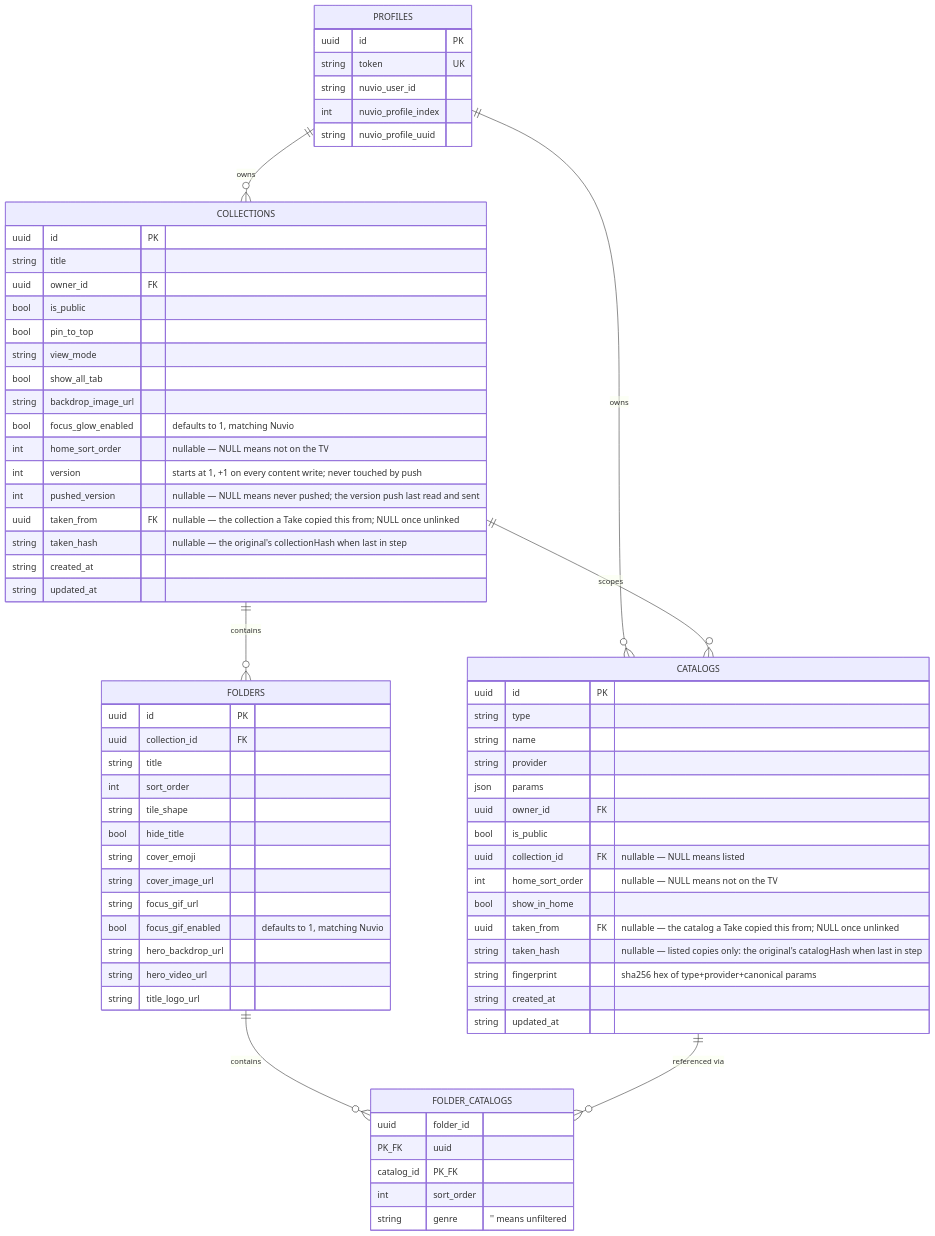
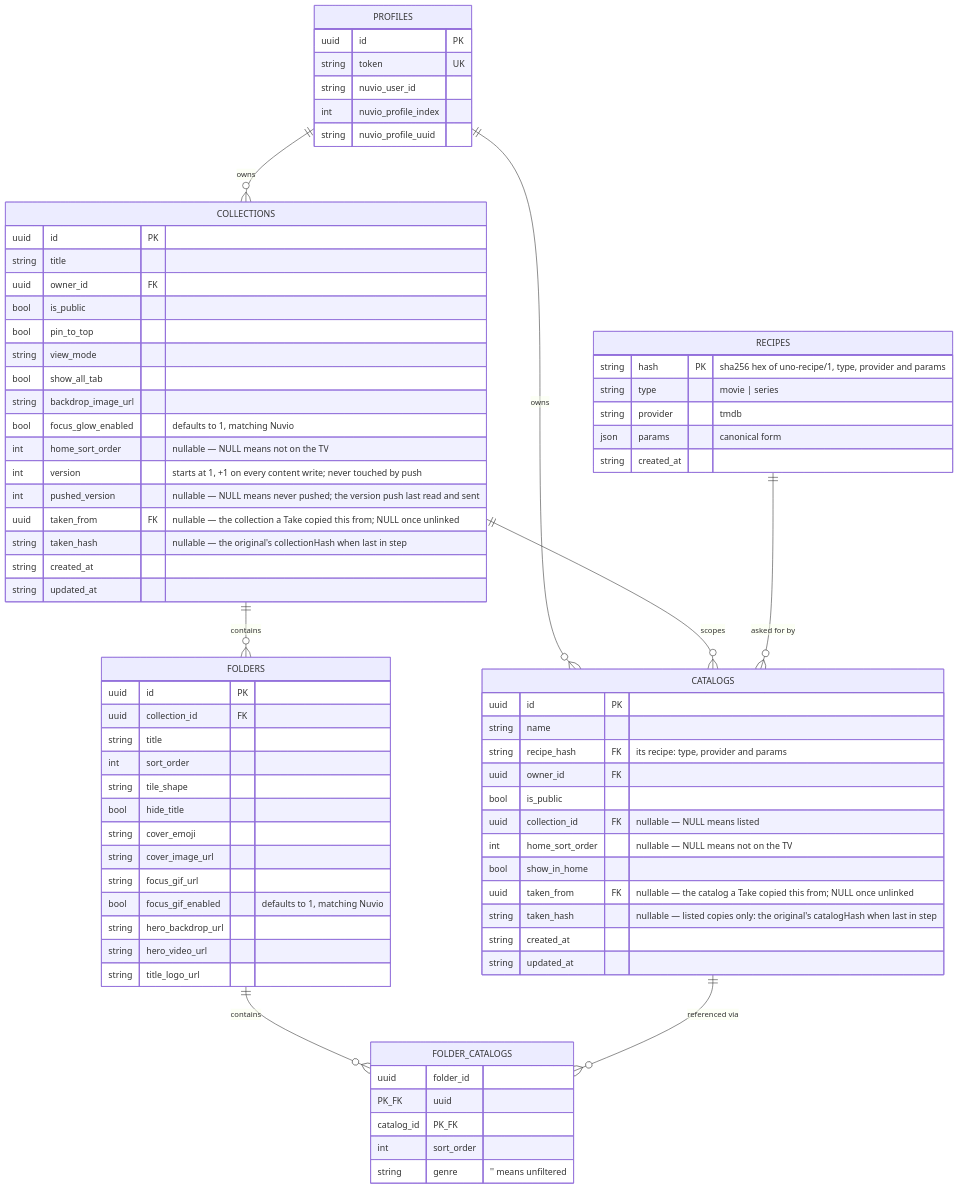
The diagram in docs/data-model.md (hiidz/uno), drawn with Mermaid before and after one commit. The commit also changed other lines of this file and 44 other files, not shown here.

````diff
--- a/docs/data-model.md
+++ b/docs/data-model.md
@@ -30,73 +49,78 @@
 ```mermaid
 erDiagram
   PROFILES ||--o{ CATALOGS : owns
   PROFILES ||--o{ COLLECTIONS : owns
   COLLECTIONS ||--o{ FOLDERS : contains
   COLLECTIONS ||--o{ CATALOGS : scopes
   FOLDERS ||--o{ FOLDER_CATALOGS : contains
   CATALOGS ||--o{ FOLDER_CATALOGS : "referenced via"
+  RECIPES ||--o{ CATALOGS : "asked for by"
 
+  RECIPES {
+    string hash PK "sha256 hex of uno-recipe/1, type, provider and params"
+    string type "movie | series"
+    string provider "tmdb"
+    json params "canonical form"
+    string created_at
+  }
   PROFILES {
     uuid id PK
     string token UK
     string nuvio_user_id
     int nuvio_profile_index
     string nuvio_profile_uuid
   }
   CATALOGS {
     uuid id PK
-    string type
     string name
-    string provider
-    json params
+    string recipe_hash FK "its recipe: type, provider and params"
     uuid owner_id FK
     bool is_public
     uuid collection_id FK "nullable — NULL means listed"
     int home_sort_order "nullable — NULL means not on the TV"
     bool show_in_home
     uuid taken_from FK "nullable — the catalog a Take copied this from; NULL once unlinked"
     string taken_hash "nullable — listed copies only: the original's catalogHash when last in step"
-    string fingerprint "sha256 hex of type+provider+canonical params"
     string created_at
     string updated_at
   }
   COLLECTIONS {
     uuid id PK
     string title
     uuid owner_id FK
     bool is_public
     bool pin_to_top
     string view_mode
     bool show_all_tab
     string backdrop_image_url
     bool focus_glow_enabled "defaults to 1, matching Nuvio"
     int home_sort_order "nullable — NULL means not on the TV"
     int version "starts at 1, +1 on every content write; never touched by push"
     int pushed_version "nullable — NULL means never pushed; the version push last read and sent"
     uuid taken_from FK "nullable — the collection a Take copied this from; NULL once unlinked"
     string taken_hash "nullable — the original's collectionHash when last in step"
     string created_at
     string updated_at
   }
   FOLDERS {
     uuid id PK
     uuid collection_id FK
     string title
     int sort_order
     string tile_shape
     bool hide_title
     string cover_emoji
     string cover_image_url
     string focus_gif_url
     bool focus_gif_enabled "defaults to 1, matching Nuvio"
     string hero_backdrop_url
     string hero_video_url
     string title_logo_url
   }
   FOLDER_CATALOGS {
     uuid folder_id PK_FK
     uuid catalog_id PK_FK
     int sort_order
     string genre "'' means unfiltered"
   }
 ```
````
